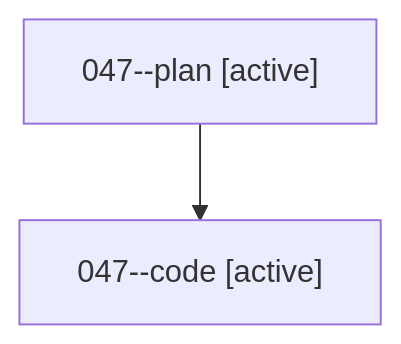
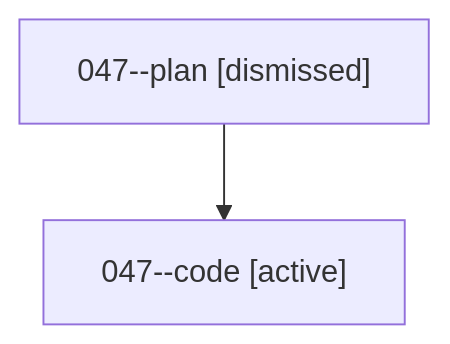
The diagram in sessions/bbugyi200.athena.047.md (sase-org/sase--agents), drawn with Mermaid before and after one commit. The commit also changed other lines of this file and 31 other files, not shown here.

````diff
--- a/sessions/bbugyi200.athena.047.md
+++ b/sessions/bbugyi200.athena.047.md
@@ -9,6 +9,6 @@
 ```mermaid
 flowchart TD
-  n0["047--plan [active]"]
+  n0["047--plan [dismissed]"]
   n1["047--code [active]"]
   n0 --> n1
 ```
````
